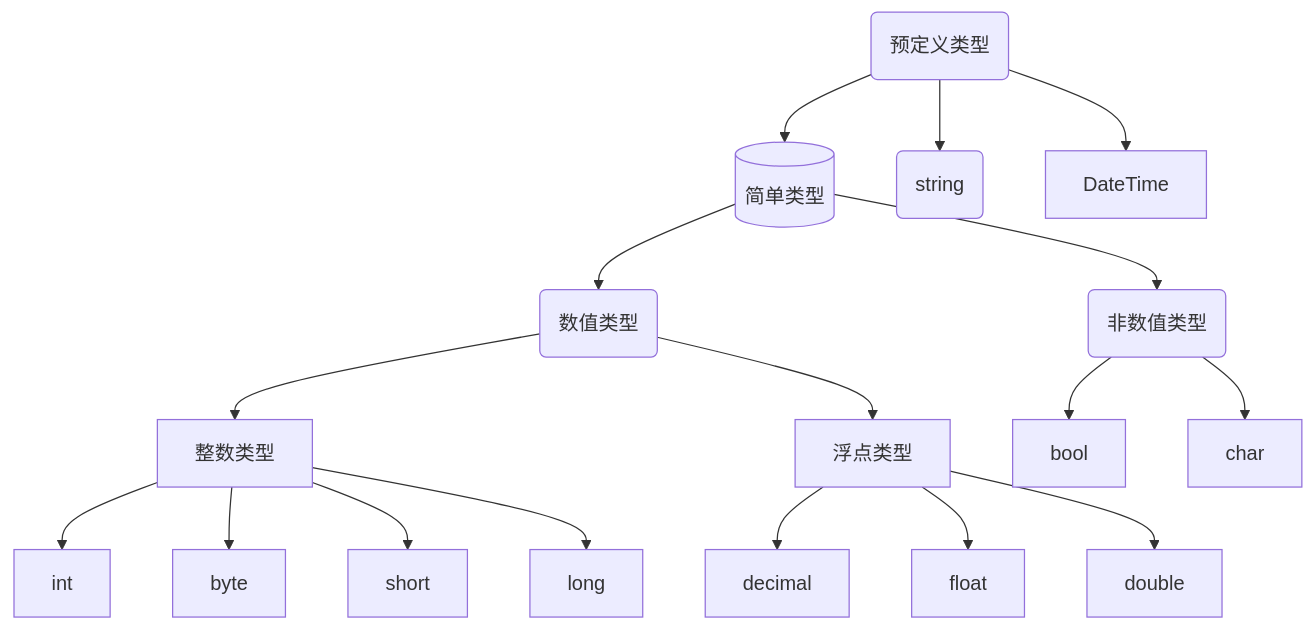
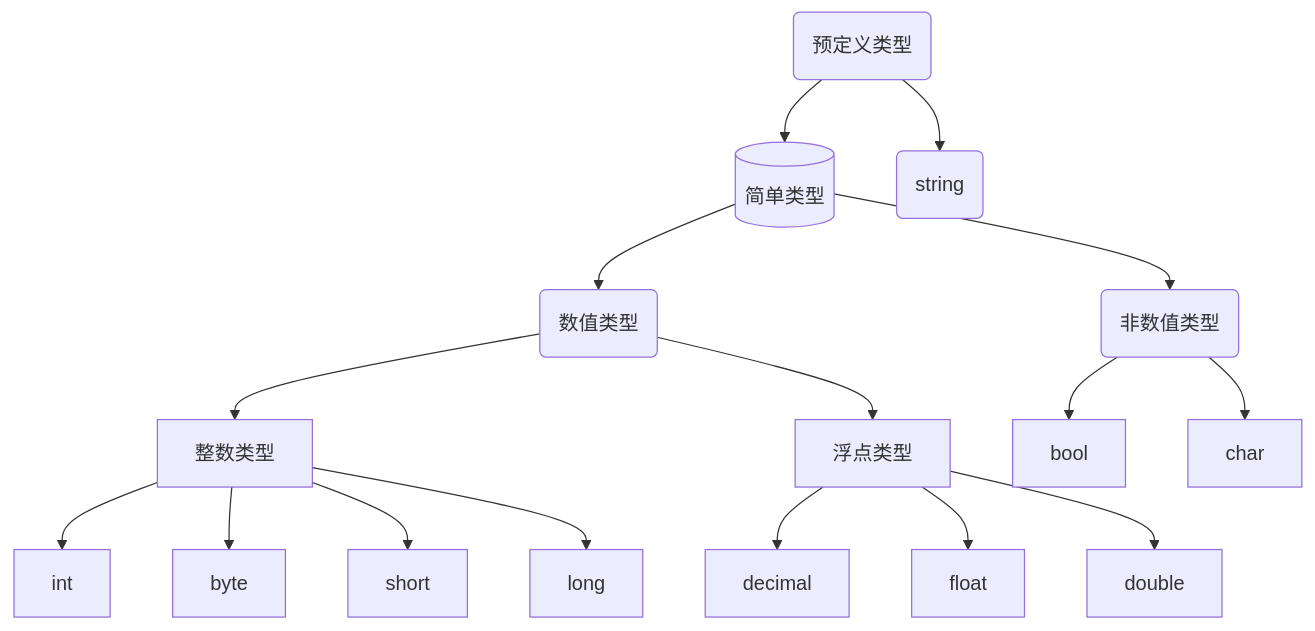
Before and after one commit to xiaoYoc/CSharp-Learning-Notes-In-a-Nutshell: the second of 5 diagrams in Readme.md, drawn with Mermaid. The commit also changed other lines of this file and 2 other files, not shown here.

````diff
--- a/Readme.md
+++ b/Readme.md
@@ -157,19 +158,18 @@
 ```mermaid
 flowchart TD
 A(预定义类型)--> B[(简单类型)]
 A --> C(string)
-A --> DateTime
 B-->E(数值类型)
 E --> 整数类型
 E --> 浮点类型
 整数类型 -->int
 整数类型 -->byte
 整数类型 -->short
 整数类型 -->long
 浮点类型 --> decimal
 浮点类型 --> float
 浮点类型 --> double
 B-->F(非数值类型)
 F-->bool
 F --> char
 ```
````
